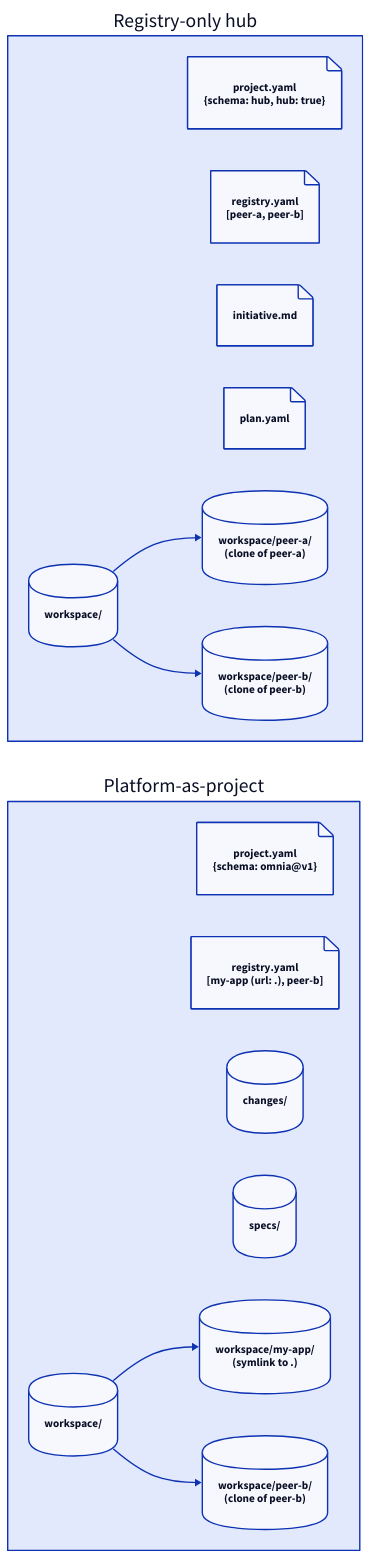
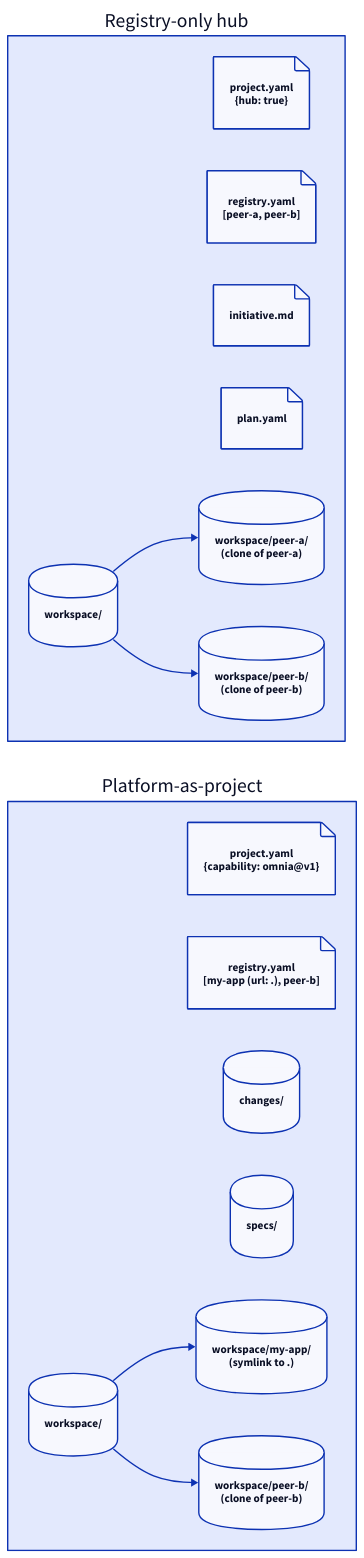
One commit to augentic/anvil changed the diagram in docs/explanation/platform-repo.md. Above: the diagram before and after it, drawn with D2. The commit also changed other lines of this file and 4 other files, not shown here.

````diff
--- a/docs/explanation/platform-repo.md
+++ b/docs/explanation/platform-repo.md
@@ -7,29 +7,29 @@
 ```d2
 direction: right
 
 hub: "Registry-only hub" {
   shape: rectangle
-  hubProj: "project.yaml\n{schema: hub, hub: true}" {shape: page}
+  hubProj: "project.yaml\n{hub: true}" {shape: page}
   hubReg: "registry.yaml\n[peer-a, peer-b]" {shape: page}
   hubInit: "initiative.md" {shape: page}
   hubPlan: "plan.yaml" {shape: page}
   hubWs: "workspace/" {shape: cylinder}
   peerA: "workspace/peer-a/\n(clone of peer-a)" {shape: cylinder}
   peerB: "workspace/peer-b/\n(clone of peer-b)" {shape: cylinder}
   hubWs -> peerA
   hubWs -> peerB
 }
 
 pap: "Platform-as-project" {
   shape: rectangle
-  papProj: "project.yaml\n{schema: omnia@v1}" {shape: page}
+  papProj: "project.yaml\n{capability: omnia@v1}" {shape: page}
   papReg: "registry.yaml\n[my-app (url: .), peer-b]" {shape: page}
   papChanges: "changes/" {shape: cylinder}
   papSpecs: "specs/" {shape: cylinder}
   papWs: "workspace/" {shape: cylinder}
   papSelf: "workspace/my-app/\n(symlink to .)" {shape: cylinder}
   papPeer: "workspace/peer-b/\n(clone of peer-b)" {shape: cylinder}
   papWs -> papSelf
   papWs -> papPeer
 }
 ```
````
